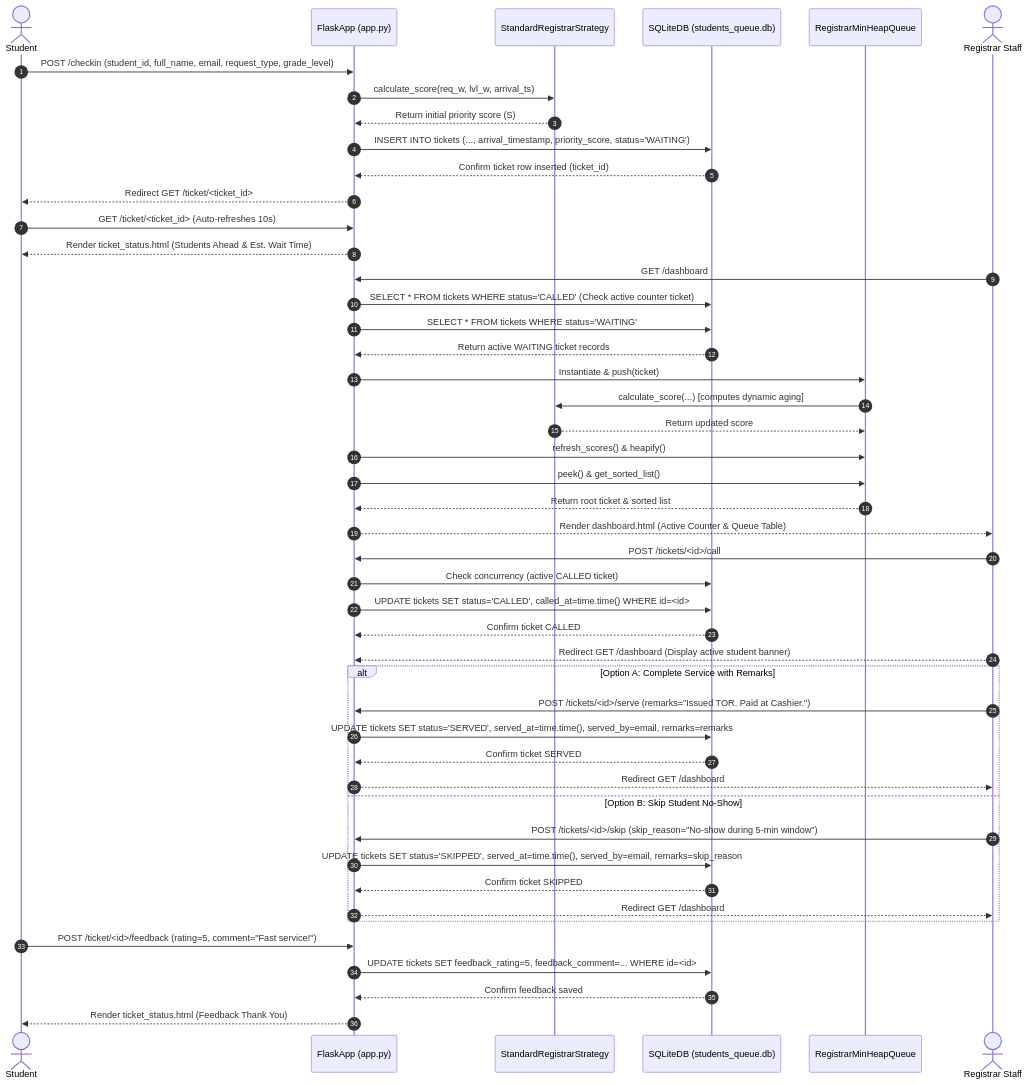
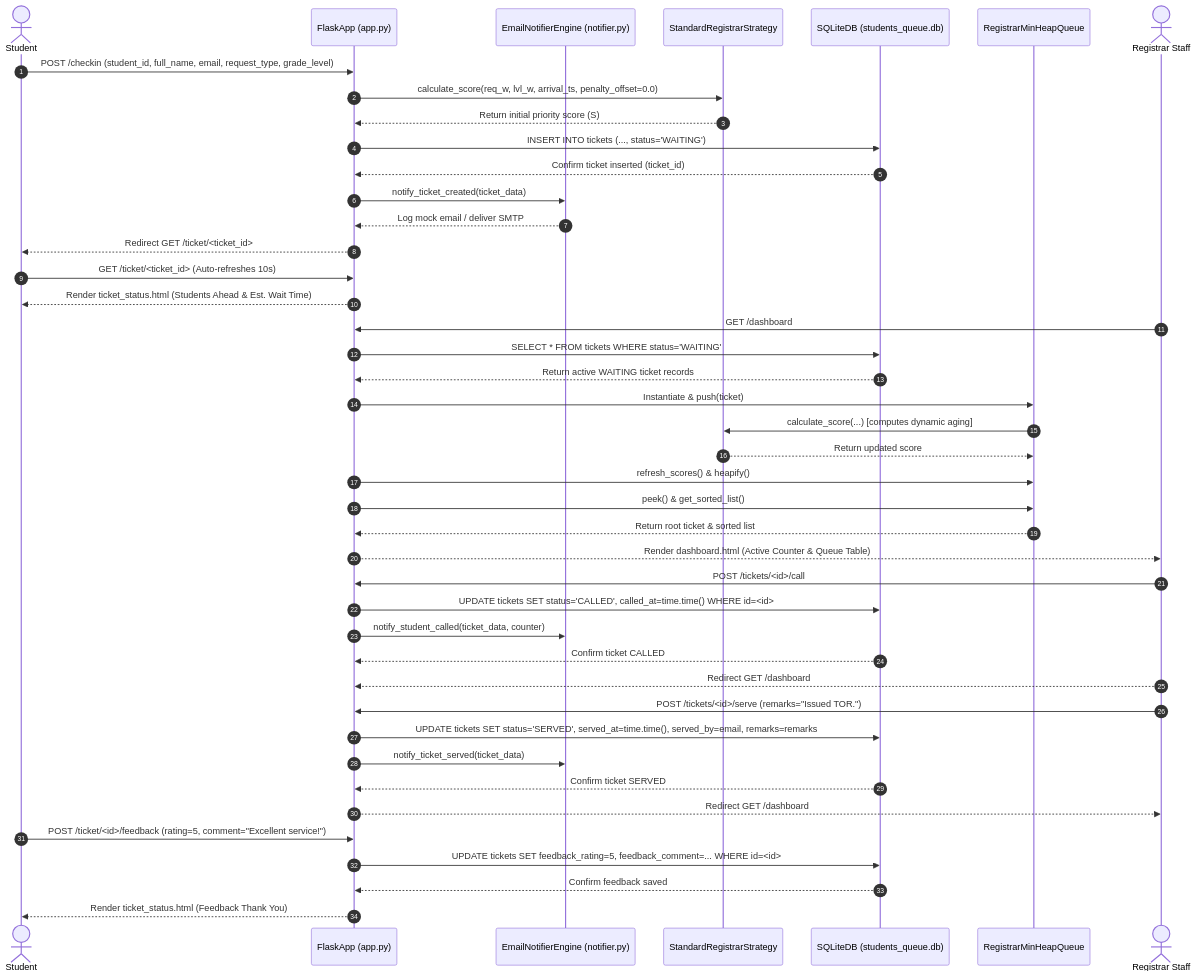
The fourth of 5 diagrams in PROPOSAL.md (justinovate/cpe106l-4_finalproject), drawn with Mermaid before and after one commit. The commit also changed other lines of this file and 22 other files, not shown here.

Commit message:
feat(sprint-3): add dual-mode email notifications, account verification, password resets, ticket lifecycle controls, feedback analytics, deployment config, and 40 AAA tests

````diff
--- a/PROPOSAL.md
+++ b/PROPOSAL.md
@@ -271,58 +296,54 @@
 ```mermaid
 sequenceDiagram
     autonumber
     actor Student
     participant App as FlaskApp (app.py)
+    participant Notifier as EmailNotifierEngine (notifier.py)
     participant Strategy as StandardRegistrarStrategy
     participant DB as SQLiteDB (students_queue.db)
     participant Heap as RegistrarMinHeapQueue
     actor Staff as Registrar Staff
 
     %% Student Check-In & Live Tracking Flow
     Student->>App: POST /checkin (student_id, full_name, email, request_type, grade_level)
-    App->>Strategy: calculate_score(req_w, lvl_w, arrival_ts)
+    App->>Strategy: calculate_score(req_w, lvl_w, arrival_ts, penalty_offset=0.0)
     Strategy-->>App: Return initial priority score (S)
-    App->>DB: INSERT INTO tickets (..., arrival_timestamp, priority_score, status='WAITING')
-    DB-->>App: Confirm ticket row inserted (ticket_id)
+    App->>DB: INSERT INTO tickets (..., status='WAITING')
+    DB-->>App: Confirm ticket inserted (ticket_id)
+    App->>Notifier: notify_ticket_created(ticket_data)
+    Notifier-->>App: Log mock email / deliver SMTP
     App-->>Student: Redirect GET /ticket/<ticket_id>
     Student->>App: GET /ticket/<ticket_id> (Auto-refreshes 10s)
     App-->>Student: Render ticket_status.html (Students Ahead & Est. Wait Time)
 
     %% Staff Queue Monitor & Heap Engine Sync
     Staff->>App: GET /dashboard
-    App->>DB: SELECT * FROM tickets WHERE status='CALLED' (Check active counter ticket)
     App->>DB: SELECT * FROM tickets WHERE status='WAITING'
     DB-->>App: Return active WAITING ticket records
     App->>Heap: Instantiate & push(ticket)
     Heap->>Strategy: calculate_score(...) [computes dynamic aging]
     Strategy-->>Heap: Return updated score
     App->>Heap: refresh_scores() & heapify()
     App->>Heap: peek() & get_sorted_list()
     Heap-->>App: Return root ticket & sorted list
     App-->>Staff: Render dashboard.html (Active Counter & Queue Table)
 
-    %% Decoupled Call, Serve, and Skip Actions
+    %% Call & Serve Actions with Email Notifications
     Staff->>App: POST /tickets/<id>/call
-    App->>DB: Check concurrency (active CALLED ticket)
     App->>DB: UPDATE tickets SET status='CALLED', called_at=time.time() WHERE id=<id>
+    App->>Notifier: notify_student_called(ticket_data, counter)
     DB-->>App: Confirm ticket CALLED
-    Staff-->>App: Redirect GET /dashboard (Display active student banner)
+    Staff-->>App: Redirect GET /dashboard
 
-    alt Option A: Complete Service with Remarks
-        Staff->>App: POST /tickets/<id>/serve (remarks="Issued TOR. Paid at Cashier.")
-        App->>DB: UPDATE tickets SET status='SERVED', served_at=time.time(), served_by=email, remarks=remarks
-        DB-->>App: Confirm ticket SERVED
-        App-->>Staff: Redirect GET /dashboard
-    else Option B: Skip Student No-Show
-        Staff->>App: POST /tickets/<id>/skip (skip_reason="No-show during 5-min window")
-        App->>DB: UPDATE tickets SET status='SKIPPED', served_at=time.time(), served_by=email, remarks=skip_reason
-        DB-->>App: Confirm ticket SKIPPED
-        App-->>Staff: Redirect GET /dashboard
-    end
+    Staff->>App: POST /tickets/<id>/serve (remarks="Issued TOR.")
+    App->>DB: UPDATE tickets SET status='SERVED', served_at=time.time(), served_by=email, remarks=remarks
+    App->>Notifier: notify_ticket_served(ticket_data)
+    DB-->>App: Confirm ticket SERVED
+    App-->>Staff: Redirect GET /dashboard
 
     %% Student Feedback Submission
-    Student->>App: POST /ticket/<id>/feedback (rating=5, comment="Fast service!")
+    Student->>App: POST /ticket/<id>/feedback (rating=5, comment="Excellent service!")
     App->>DB: UPDATE tickets SET feedback_rating=5, feedback_comment=... WHERE id=<id>
     DB-->>App: Confirm feedback saved
     App-->>Student: Render ticket_status.html (Feedback Thank You)
 ```
````
